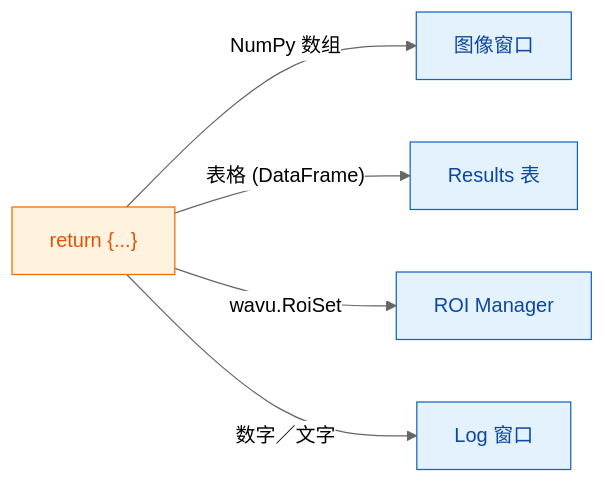
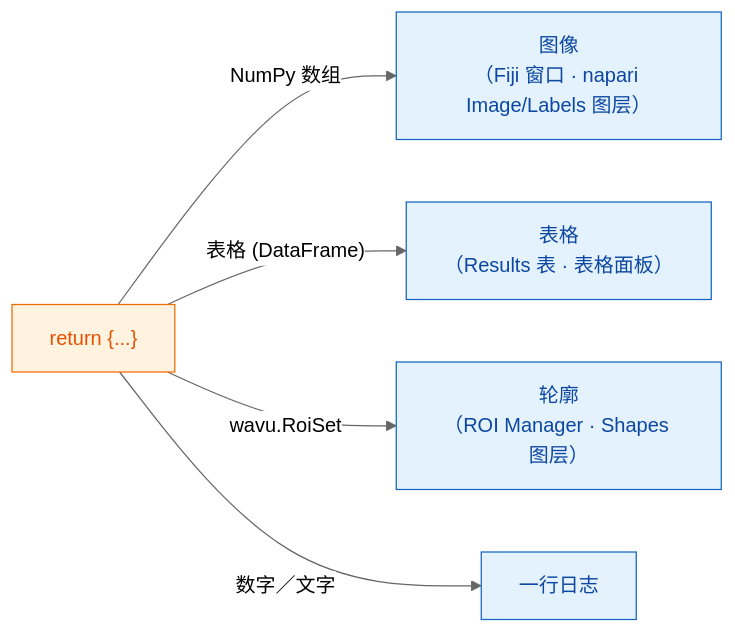
The diagram in guide/write/outputs.zh-Hans.md (Oxford-Zeiss-Centre-of-Excellence/Wavu), drawn with Mermaid (neutral theme) before and after one commit. The commit also changed other lines of this file and 221 other files, not shown here.

````diff
--- a/guide/write/outputs.zh-Hans.md
+++ b/guide/write/outputs.zh-Hans.md
@@ -9,15 +11,15 @@
 ```mermaid
 flowchart LR
     R["return {...}"]:::script
-    I["图像窗口"]:::fiji
-    T["Results 表"]:::fiji
-    O["ROI Manager"]:::fiji
-    L["Log 窗口"]:::fiji
+    I["图像<br/>（Fiji 窗口 · napari Image/Labels 图层）"]:::fiji
+    T["表格<br/>（Results 表 · 表格面板）"]:::fiji
+    O["轮廓<br/>（ROI Manager · Shapes 图层）"]:::fiji
+    L["一行日志"]:::fiji
     R -- "NumPy 数组" --> I
     R -- "表格 (DataFrame)" --> T
     R -- "wavu.RoiSet" --> O
     R -- "数字／文字" --> L
 
     classDef fiji   fill:#e3f2fd,stroke:#1565c0,color:#0d47a1
     classDef script fill:#fff3e0,stroke:#ef6c00,color:#e65100
 ```
````
